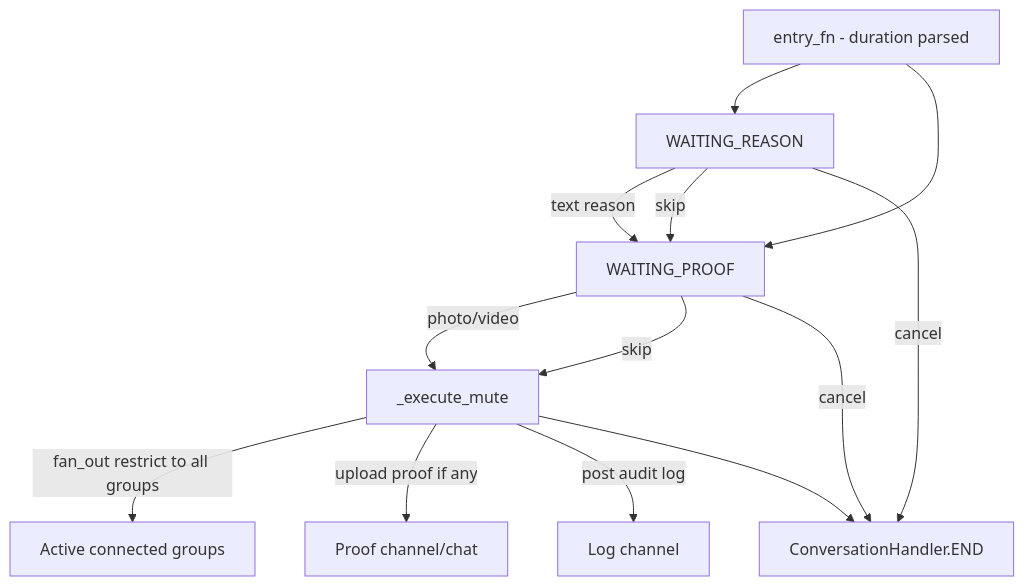
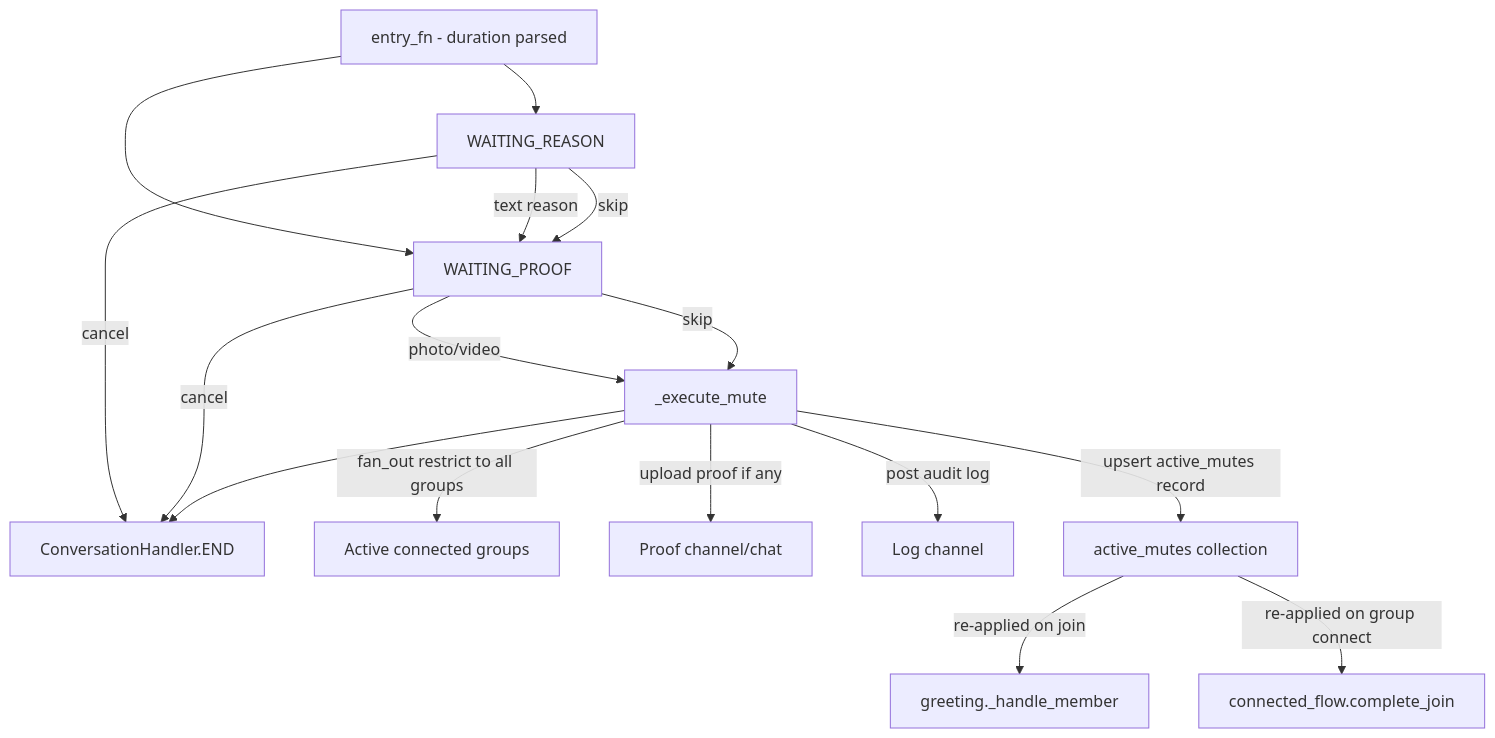
The third of 4 diagrams in docs/workflows/workflows.md (D1ZZY4/tcbot), drawn with Mermaid before and after one commit. The commit also changed other lines of this file and 13 other files, not shown here.

````diff
--- a/docs/workflows/workflows.md
+++ b/docs/workflows/workflows.md
@@ -123,15 +128,18 @@
 ```mermaid
 flowchart TD
     Entry[entry_fn - duration parsed] --> Reason[WAITING_REASON]
     Entry --> Proof[WAITING_PROOF]
     Reason -->|text reason| Proof
     Reason -->|skip| Proof
     Reason -->|cancel| End[ConversationHandler.END]
     Proof -->|photo/video| Exec[_execute_mute]
     Proof -->|skip| Exec
     Proof -->|cancel| End
     Exec -->|fan_out restrict to all groups| Groups[Active connected groups]
     Exec -->|upload proof if any| ProofChat[Proof channel/chat]
     Exec -->|post audit log| LogChat[Log channel]
+    Exec -->|upsert active_mutes record| ActiveMutes[active_mutes collection]
+    ActiveMutes -->|re-applied on join| Join[greeting._handle_member]
+    ActiveMutes -->|re-applied on group connect| Connect[connected_flow.complete_join]
     Exec --> End
 ```
````
